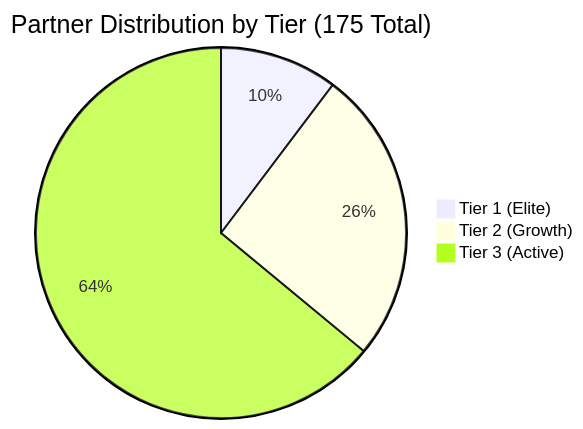
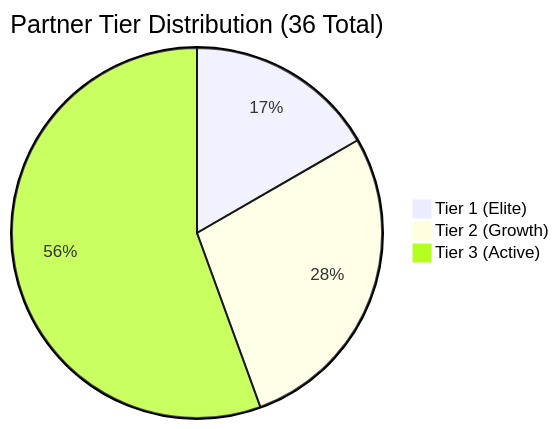
Before and after one commit to shubhpanchal/channel-partner-intelligence: the diagram in docs/DATA_GENERATION.md, drawn with Mermaid. The commit also changed other lines of this file and 17 other files, not shown here.

````diff
--- a/docs/DATA_GENERATION.md
+++ b/docs/DATA_GENERATION.md
@@ -49,6 +79,6 @@
 ```mermaid
-pie title Partner Distribution by Tier (175 Total)
-    "Tier 1 (Elite)" : 18
-    "Tier 2 (Growth)" : 45
-    "Tier 3 (Active)" : 112
+pie title Partner Tier Distribution (36 Total)
+    "Tier 1 (Elite)" : 6
+    "Tier 2 (Growth)" : 10
+    "Tier 3 (Active)" : 20
 ```
````
